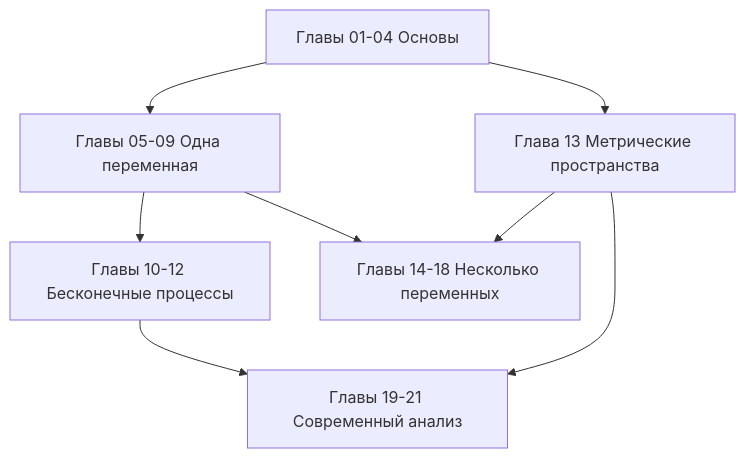
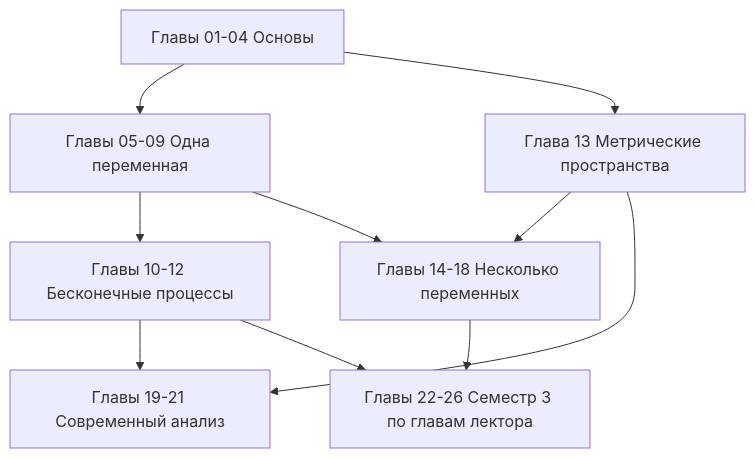
One commit to NikiHunter/MATAN changed the diagram in MathInMind-Obsidian/ru/index.md. Above: the diagram before and after it, drawn with Mermaid. The commit also changed other lines of this file and 207 other files, not shown here.

````diff
--- a/MathInMind-Obsidian/ru/index.md
+++ b/MathInMind-Obsidian/ru/index.md
@@ -38,10 +38,12 @@
 ```mermaid
 flowchart TD
     A[Главы 01-04 Основы] --> B[Главы 05-09 Одна переменная]
     B --> C[Главы 10-12 Бесконечные процессы]
     A --> D[Глава 13 Метрические пространства]
     D --> E[Главы 14-18 Несколько переменных]
     B --> E
     C --> F[Главы 19-21 Современный анализ]
     D --> F
+    C --> G[Главы 22-26 Семестр 3 по главам лектора]
+    E --> G
 ```
````
